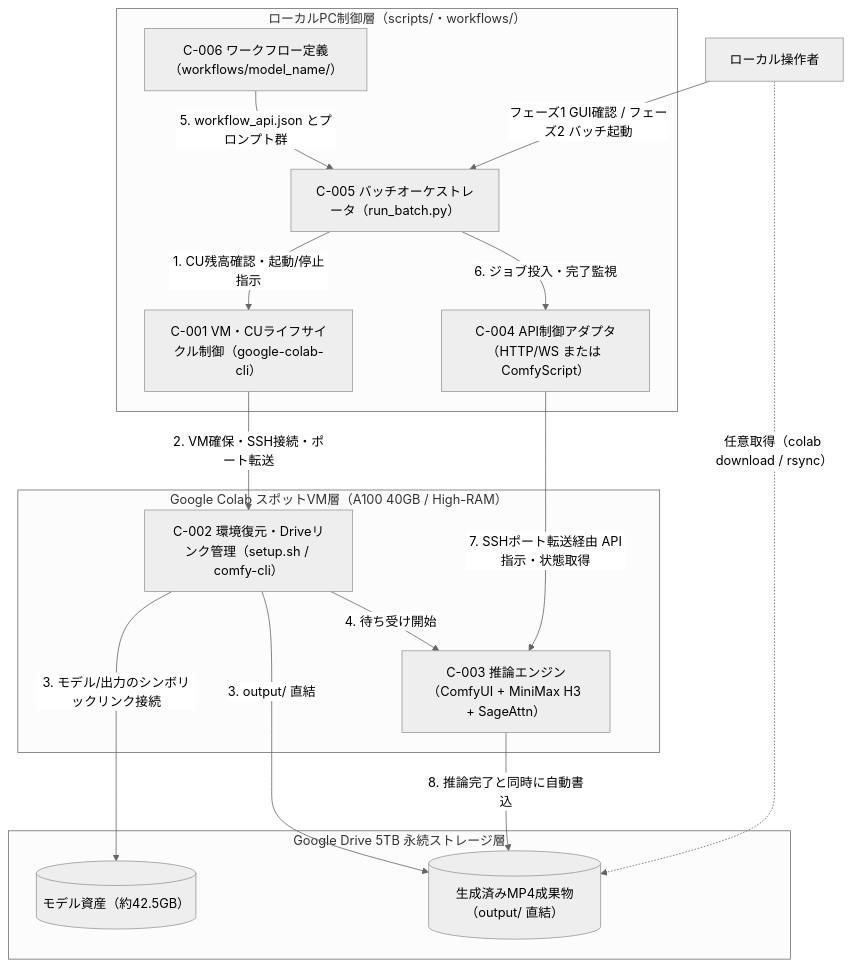
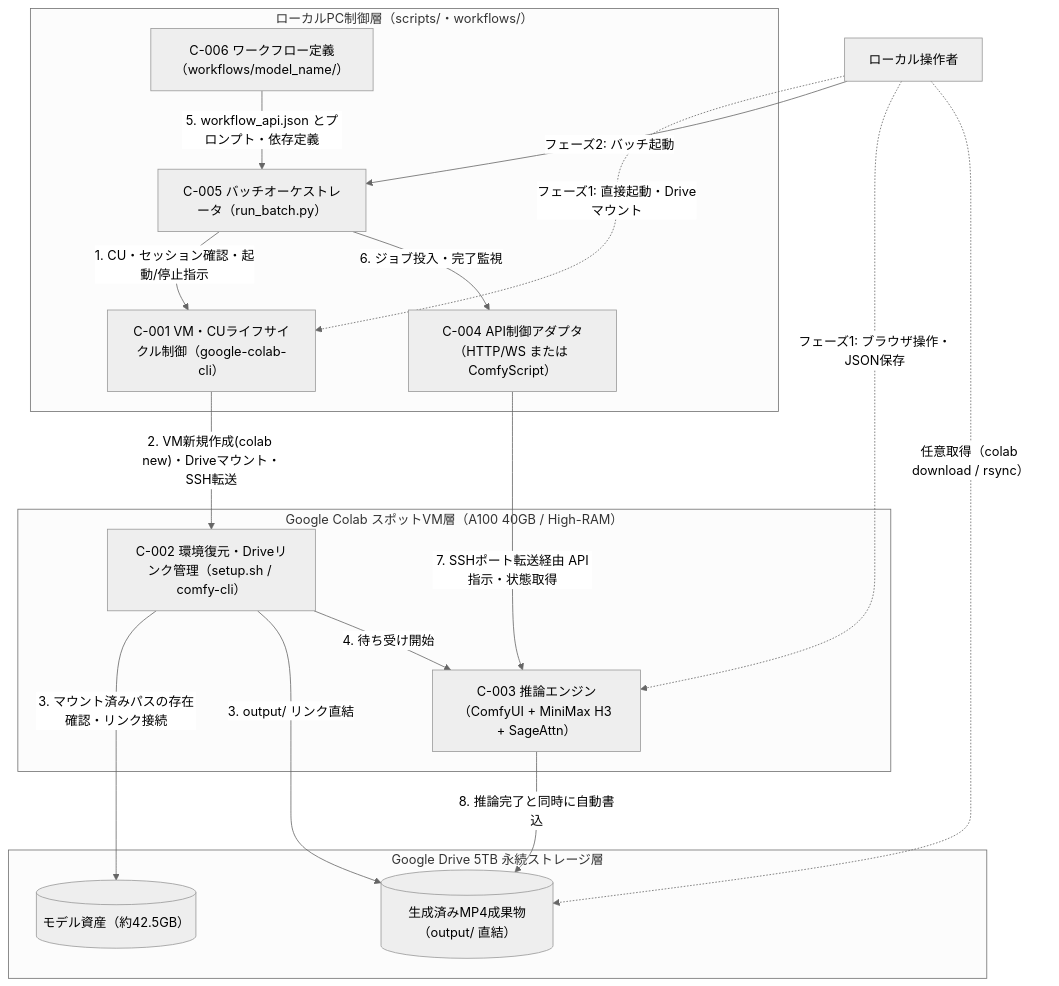
One commit to xzyozi/colab-cli-comfyui-runner changed the diagram in docs/design/CCR-BD-001_基本設計書.md. Above: the diagram before and after it, drawn with Mermaid (neutral theme). The commit also changed other lines of this file and 1 other file, not shown here.

````diff
--- a/docs/design/CCR-BD-001_基本設計書.md
+++ b/docs/design/CCR-BD-001_基本設計書.md
@@ -87,33 +89,35 @@
 ```mermaid
 flowchart TD
     Operator["ローカル操作者"]
 
     subgraph LocalLayer ["ローカルPC制御層（scripts/・workflows/）"]
         BatchOrch["C-005 バッチオーケストレータ（run_batch.py）"]
         VMCtrl["C-001 VM・CUライフサイクル制御（google-colab-cli）"]
         ApiAdapter["C-004 API制御アダプタ（HTTP/WS または ComfyScript）"]
         WfRepo["C-006 ワークフロー定義（workflows/model_name/）"]
     end
 
     subgraph ColabLayer ["Google Colab スポットVM層（A100 40GB / High-RAM）"]
         SetupEnv["C-002 環境復元・Driveリンク管理（setup.sh / comfy-cli）"]
         ComfyCore["C-003 推論エンジン（ComfyUI + MiniMax H3 + SageAttn）"]
     end
 
     subgraph DriveLayer ["Google Drive 5TB 永続ストレージ層"]
         DriveModels[("モデル資産（約42.5GB）")]
         DriveOutput[("生成済みMP4成果物（output/ 直結）")]
     end
 
-    Operator -->|"フェーズ1 GUI確認 / フェーズ2 バッチ起動"| BatchOrch
-    BatchOrch -->|"1. CU残高確認・起動/停止指示"| VMCtrl
-    VMCtrl -->|"2. VM確保・SSH接続・ポート転送"| SetupEnv
-    SetupEnv -->|"3. モデル/出力のシンボリックリンク接続"| DriveModels
-    SetupEnv -->|"3. output/ 直結"| DriveOutput
+    Operator -.->|"フェーズ1: 直接起動・Driveマウント"| VMCtrl
+    Operator -.->|"フェーズ1: ブラウザ操作・JSON保存"| ComfyCore
+    Operator -->|"フェーズ2: バッチ起動"| BatchOrch
+    BatchOrch -->|"1. CU・セッション確認・起動/停止指示"| VMCtrl
+    VMCtrl -->|"2. VM新規作成(colab new)・Driveマウント・SSH転送"| SetupEnv
+    SetupEnv -->|"3. マウント済みパスの存在確認・リンク接続"| DriveModels
+    SetupEnv -->|"3. output/ リンク直結"| DriveOutput
     SetupEnv -->|"4. 待ち受け開始"| ComfyCore
-    WfRepo -->|"5. workflow_api.json とプロンプト群"| BatchOrch
+    WfRepo -->|"5. workflow_api.json とプロンプト・依存定義"| BatchOrch
     BatchOrch -->|"6. ジョブ投入・完了監視"| ApiAdapter
     ApiAdapter -->|"7. SSHポート転送経由 API指示・状態取得"| ComfyCore
     ComfyCore -->|"8. 推論完了と同時に自動書込"| DriveOutput
     Operator -.->|"任意取得（colab download / rsync）"| DriveOutput
 ```
````
